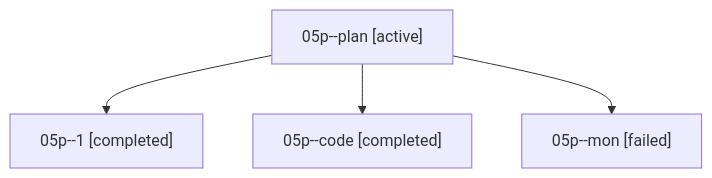
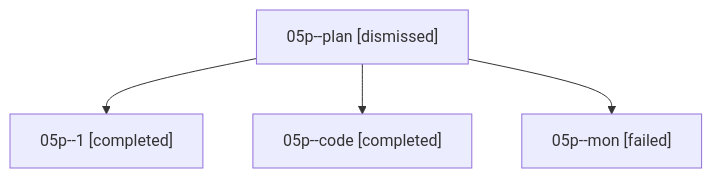
Before and after one commit to sase-org/sase--agents: the diagram in sessions/bbugyi200.athena.05p.md, drawn with Mermaid. The commit also changed other lines of this file and 31 other files, not shown here.

````diff
--- a/sessions/bbugyi200.athena.05p.md
+++ b/sessions/bbugyi200.athena.05p.md
@@ -9,10 +9,10 @@
 ```mermaid
 flowchart TD
-  n0["05p--plan [active]"]
+  n0["05p--plan [dismissed]"]
   n1["05p--1 [completed]"]
   n0 --> n1
   n2["05p--code [completed]"]
   n0 --> n2
   n3["05p--mon [failed]"]
   n0 --> n3
 ```
````
